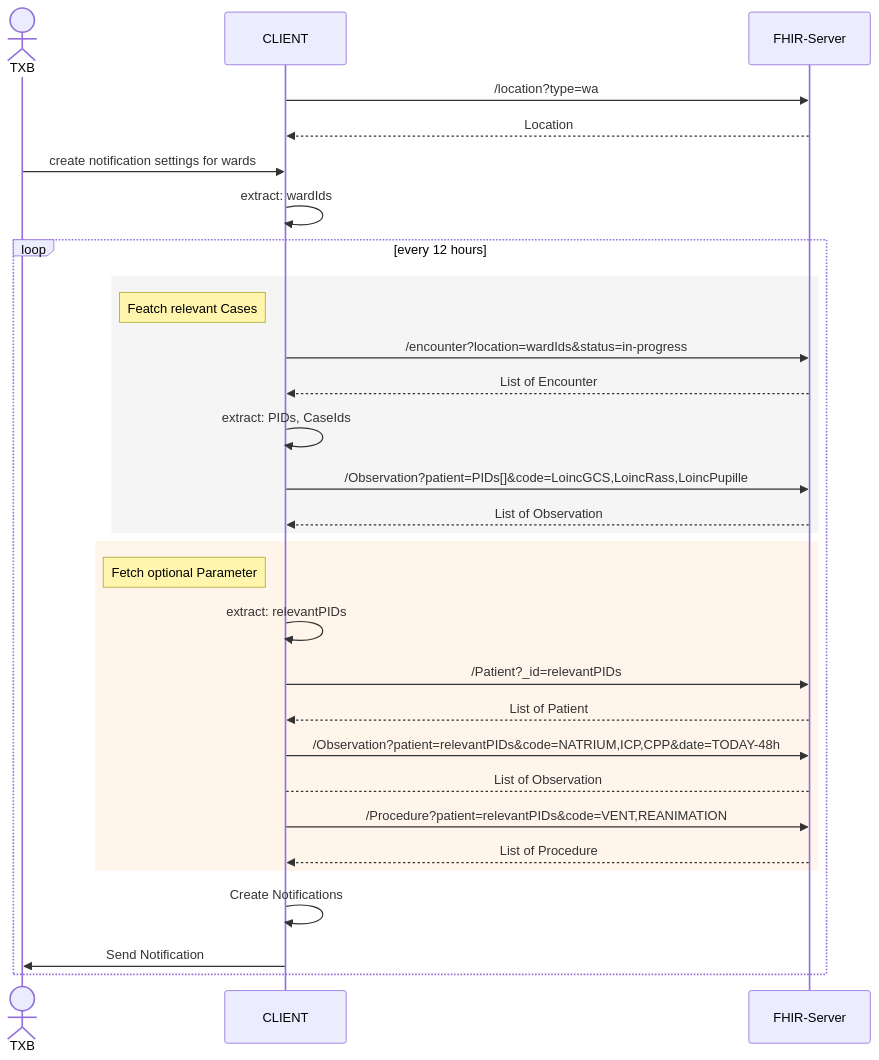
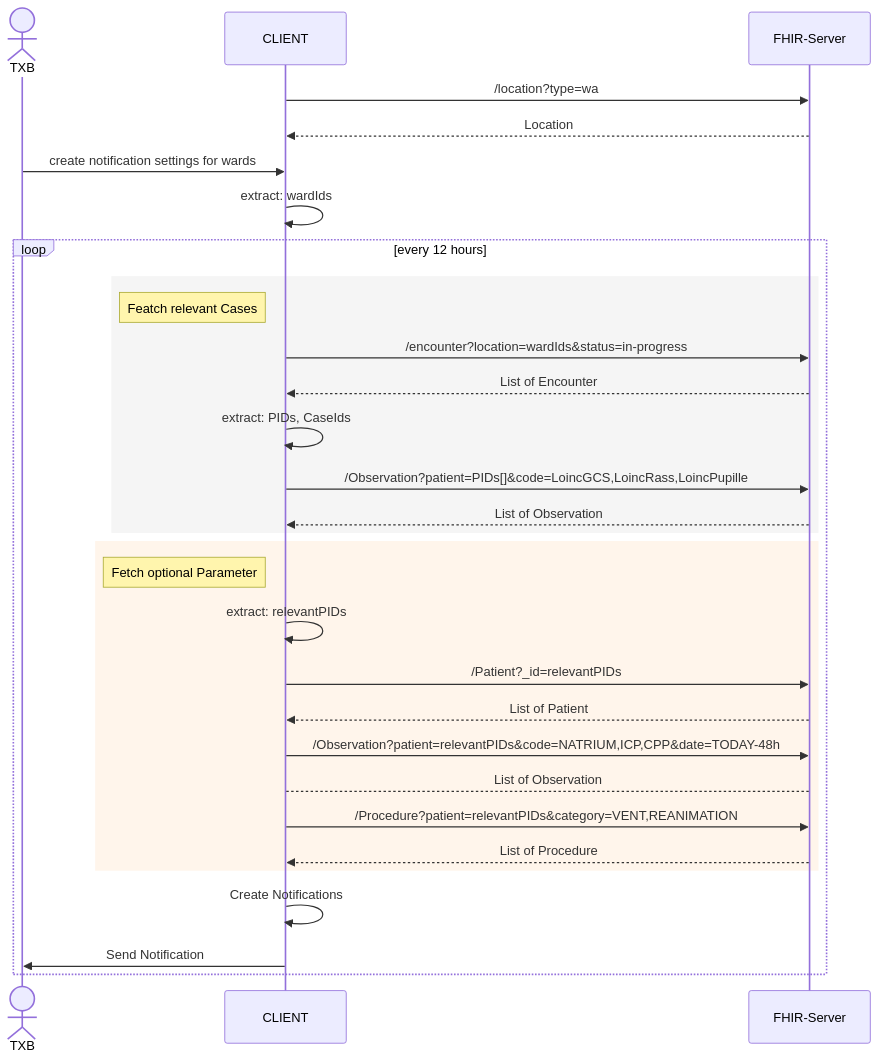
The diagram in Material/Organspendeerkennung/diagrams/sequenzdiagramm-abfragen.mermaid (gematik/spec-ISiK-Basismodul), drawn with Mermaid before and after one commit. The commit also changed 4 other files, not shown here.

Commit message:
Added additional search parameter for all procedure profiles. Adjusted the sequence diagram

```diff
--- a/Material/Organspendeerkennung/diagrams/sequenzdiagramm-abfragen.mermaid
+++ b/Material/Organspendeerkennung/diagrams/sequenzdiagramm-abfragen.mermaid
@@ -1,33 +1,33 @@
 sequenceDiagram
     actor TXB
     participant D as CLIENT
     participant F as FHIR-Server
 
     D->>F:/location?type=wa
     F-->>D:Location
 
     TXB->>D: create notification settings for wards
     D->>D: extract: wardIds
 
     loop every 12 hours
         rect rgb(245, 245, 245)
             note left of D: Featch relevant Cases
             D->>F: /encounter?location=wardIds&status=in-progress
             F-->>D: List of Encounter
             D->>D: extract: PIDs, CaseIds
             D->>F: /Observation?patient=PIDs[]&code=LoincGCS,LoincRass,LoincPupille
             F-->>D: List of Observation
         end
         rect rgb(255, 245, 235)
             note left of D: Fetch optional Parameter
             D->>D: extract: relevantPIDs
             D->>F: /Patient?_id=relevantPIDs
             F-->>D: List of Patient
             D->>F: /Observation?patient=relevantPIDs&code=NATRIUM,ICP,CPP&date=TODAY-48h
             F-->D: List of Observation
-            D->>F: /Procedure?patient=relevantPIDs&code=VENT,REANIMATION
+            D->>F: /Procedure?patient=relevantPIDs&category=VENT,REANIMATION
             F-->>D: List of Procedure
         end
         D->>D: Create Notifications
         D->>TXB: Send Notification
     end
```
